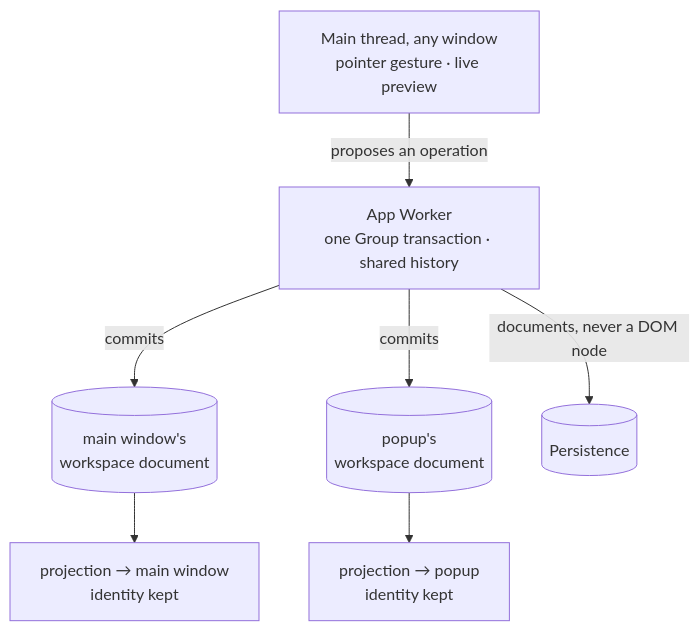
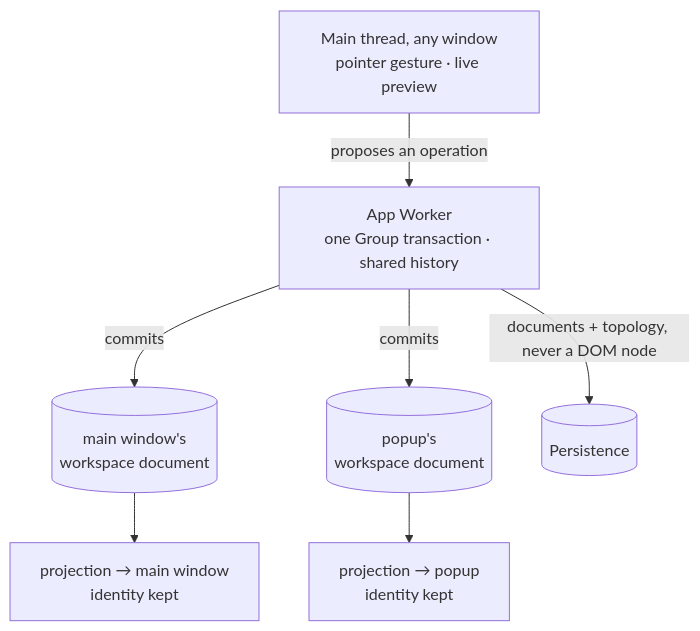
The second of 2 diagrams in learn/blog/a-workspace-that-can-leave-its-window.md (neomjs/neo), drawn with Mermaid before and after one commit. The commit also changed other lines of this file, not shown here.

````diff
--- a/learn/blog/a-workspace-that-can-leave-its-window.md
+++ b/learn/blog/a-workspace-that-can-leave-its-window.md
@@ -59,16 +59,16 @@
 ```mermaid
 flowchart TD
     gesture["Main thread, any window<br/>pointer gesture · live preview"]
     group["App Worker<br/>one Group transaction · shared history"]
     mainDoc[("main window's<br/>workspace document")]
     popupDoc[("popup's<br/>workspace document")]
     mainView["projection → main window<br/>identity kept"]
     popupView["projection → popup<br/>identity kept"]
     store[("Persistence")]
     gesture -- "proposes an operation" --> group
     group -- "commits" --> mainDoc
     group -- "commits" --> popupDoc
     mainDoc --> mainView
     popupDoc --> popupView
-    group -- "documents, never a DOM node" --> store
+    group -- "documents + topology, never a DOM node" --> store
 ```
````
